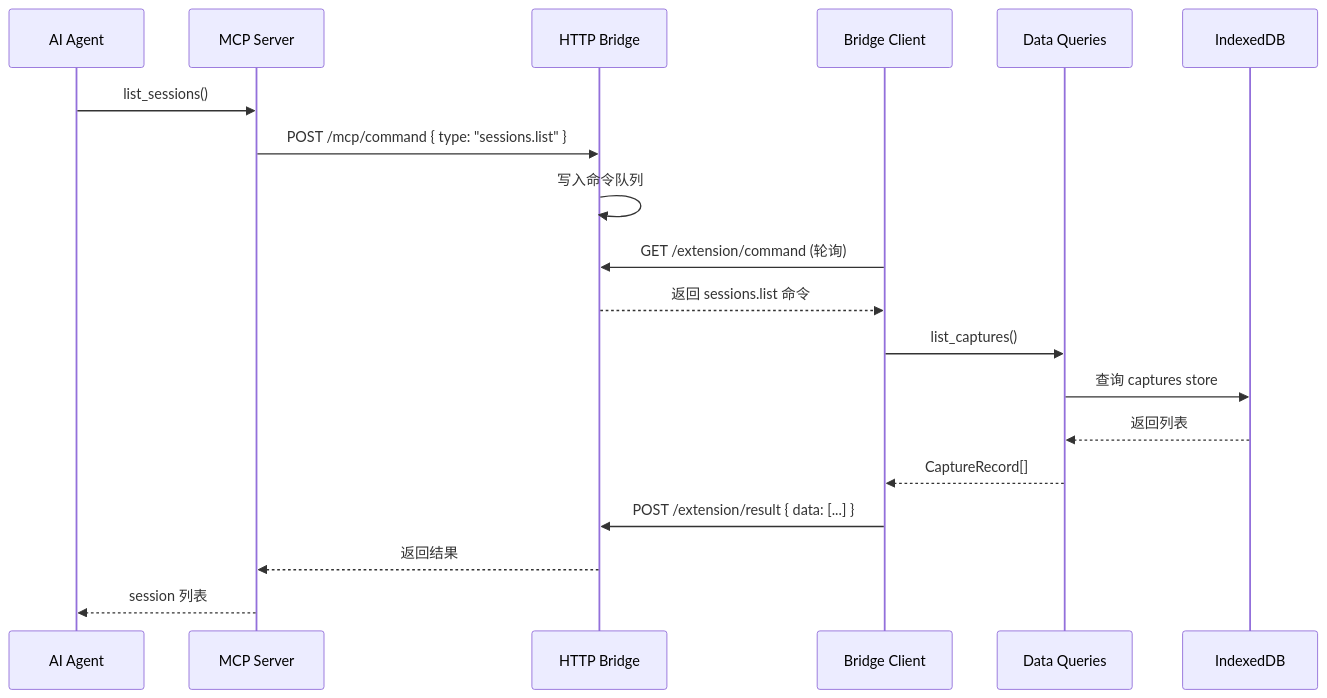
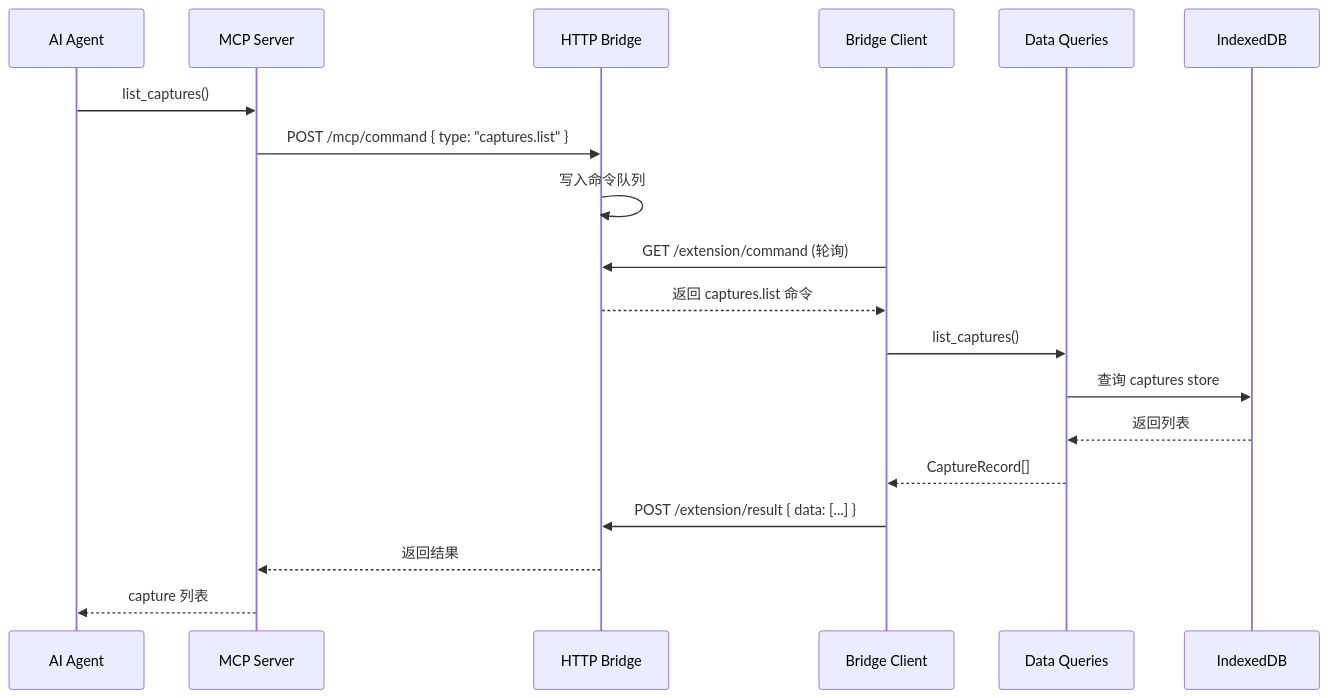
One commit to TuTouPower/capture_all changed the second of 3 diagrams in docs/specs/data_flow.md. Above: the diagram before and after it, drawn with Mermaid. The commit also changed 7 other files, not shown here.

````diff
--- a/docs/specs/data_flow.md
+++ b/docs/specs/data_flow.md
@@ -43,23 +43,23 @@
 ```mermaid
 sequenceDiagram
     participant Agent as AI Agent
     participant MCP as MCP Server
     participant Bridge as HTTP Bridge
     participant Client as Bridge Client
     participant Query as Data Queries
     participant IDB as IndexedDB
 
-    Agent->>MCP: list_sessions()
-    MCP->>Bridge: POST /mcp/command { type: "sessions.list" }
+    Agent->>MCP: list_captures()
+    MCP->>Bridge: POST /mcp/command { type: "captures.list" }
     Bridge->>Bridge: 写入命令队列
 
     Client->>Bridge: GET /extension/command (轮询)
-    Bridge-->>Client: 返回 sessions.list 命令
+    Bridge-->>Client: 返回 captures.list 命令
     Client->>Query: list_captures()
     Query->>IDB: 查询 captures store
     IDB-->>Query: 返回列表
     Query-->>Client: CaptureRecord[]
     Client->>Bridge: POST /extension/result { data: [...] }
     Bridge-->>MCP: 返回结果
-    MCP-->>Agent: session 列表
+    MCP-->>Agent: capture 列表
 ```
````
